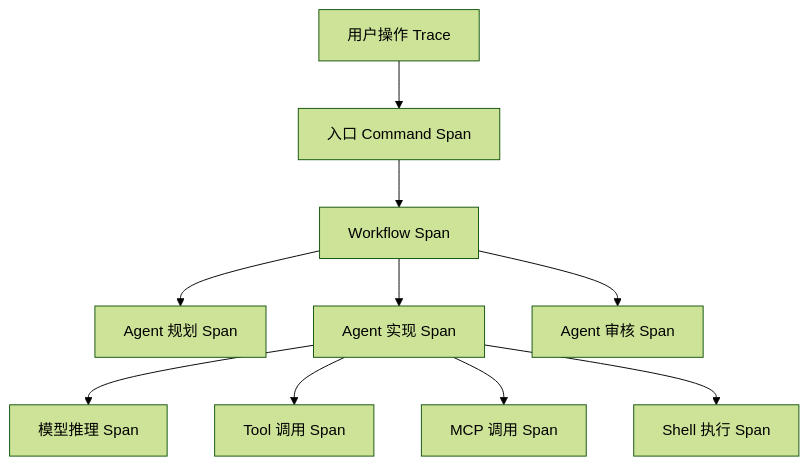
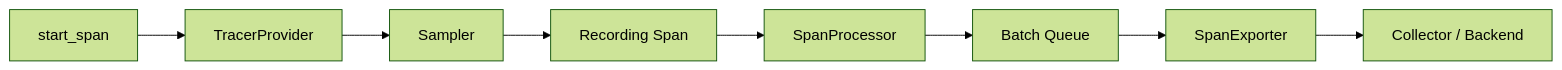
Before and after one commit to cdavid817/agent-book: the fourth of 13 diagrams in 附录/附录G-OpenTelemetry详解.md, drawn with Mermaid (forest theme). The commit also changed other lines of this file and 5 other files, not shown here.

````diff
--- a/附录/附录G-OpenTelemetry详解.md
+++ b/附录/附录G-OpenTelemetry详解.md
@@ -46,12 +970,10 @@
 ```mermaid
-flowchart TD
-    A[用户操作 Trace] --> B[入口 Command Span]
-    B --> C[Workflow Span]
-    C --> D[Agent 规划 Span]
-    C --> E[Agent 实现 Span]
-    C --> F[Agent 审核 Span]
-    E --> G[模型推理 Span]
-    E --> H[Tool 调用 Span]
-    E --> I[MCP 调用 Span]
-    E --> J[Shell 执行 Span]
+flowchart LR
+    A["start_span"] --> B["TracerProvider"]
+    B --> C["Sampler"]
+    C --> D["Recording Span"]
+    D --> E["SpanProcessor"]
+    E --> F["Batch Queue"]
+    F --> G["SpanExporter"]
+    G --> H["Collector / Backend"]
 ```
````
